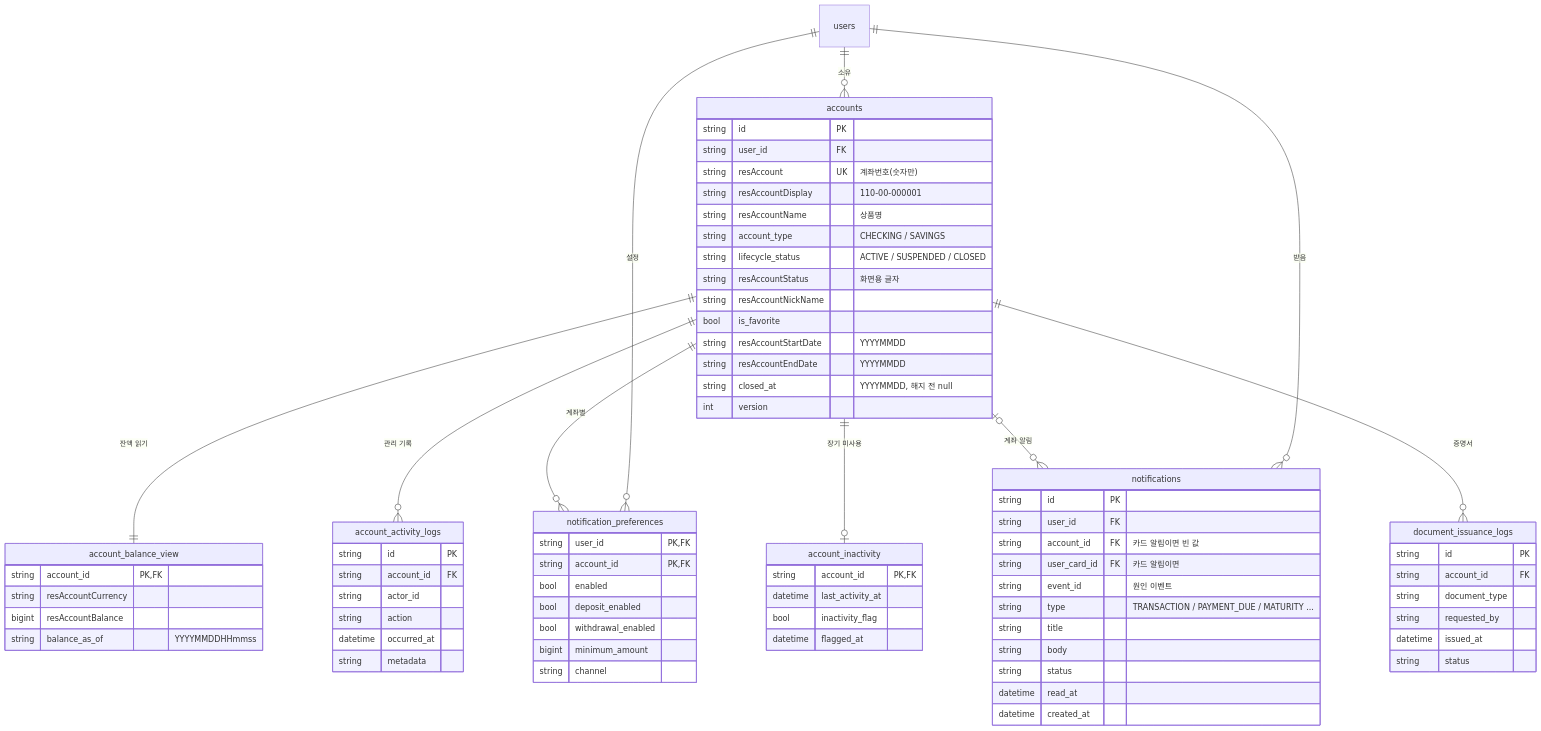
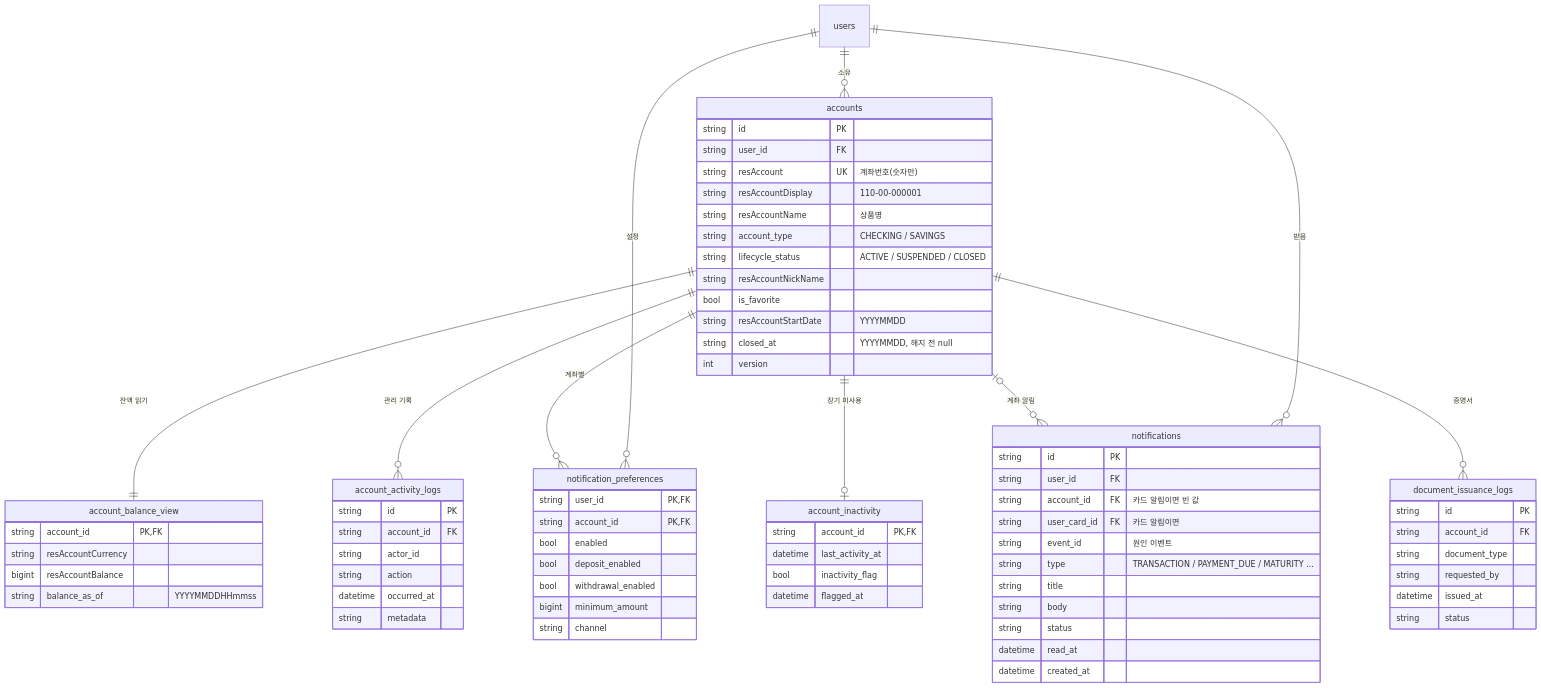
The third of 7 diagrams in docs/ERD.md (yellowgreenbean/midproject_ai_agent), drawn with Mermaid before and after one commit. The commit also changed 7 other files, not shown here.

````diff
--- a/docs/ERD.md
+++ b/docs/ERD.md
@@ -166,79 +166,77 @@
 ```mermaid
 erDiagram
     users ||--o{ accounts : "소유"
     accounts ||--|| account_balance_view : "잔액 읽기"
     accounts ||--o{ account_activity_logs : "관리 기록"
     users ||--o{ notification_preferences : "설정"
     accounts ||--o{ notification_preferences : "계좌별"
     users ||--o{ notifications : "받음"
     accounts |o--o{ notifications : "계좌 알림"
     accounts ||--o| account_inactivity : "장기 미사용"
     accounts ||--o{ document_issuance_logs : "증명서"
 
     accounts {
         string id PK
         string user_id FK
         string resAccount UK "계좌번호(숫자만)"
         string resAccountDisplay "110-00-000001"
         string resAccountName "상품명"
         string account_type "CHECKING / SAVINGS"
         string lifecycle_status "ACTIVE / SUSPENDED / CLOSED"
-        string resAccountStatus "화면용 글자"
         string resAccountNickName
         bool is_favorite
         string resAccountStartDate "YYYYMMDD"
-        string resAccountEndDate "YYYYMMDD"
         string closed_at "YYYYMMDD, 해지 전 null"
         int version
     }
     account_balance_view {
         string account_id PK, FK
         string resAccountCurrency
         bigint resAccountBalance
         string balance_as_of "YYYYMMDDHHmmss"
     }
     account_activity_logs {
         string id PK
         string account_id FK
         string actor_id
         string action
         datetime occurred_at
         string metadata
     }
     notification_preferences {
         string user_id PK, FK
         string account_id PK, FK
         bool enabled
         bool deposit_enabled
         bool withdrawal_enabled
         bigint minimum_amount
         string channel
     }
     notifications {
         string id PK
         string user_id FK
         string account_id FK "카드 알림이면 빈 값"
         string user_card_id FK "카드 알림이면"
         string event_id "원인 이벤트"
         string type "TRANSACTION / PAYMENT_DUE / MATURITY ..."
         string title
         string body
         string status
         datetime read_at
         datetime created_at
     }
     account_inactivity {
         string account_id PK, FK
         datetime last_activity_at
         bool inactivity_flag
         datetime flagged_at
     }
     document_issuance_logs {
         string id PK
         string account_id FK
         string document_type
         string requested_by
         datetime issued_at
         string status
     }
 ```
````
